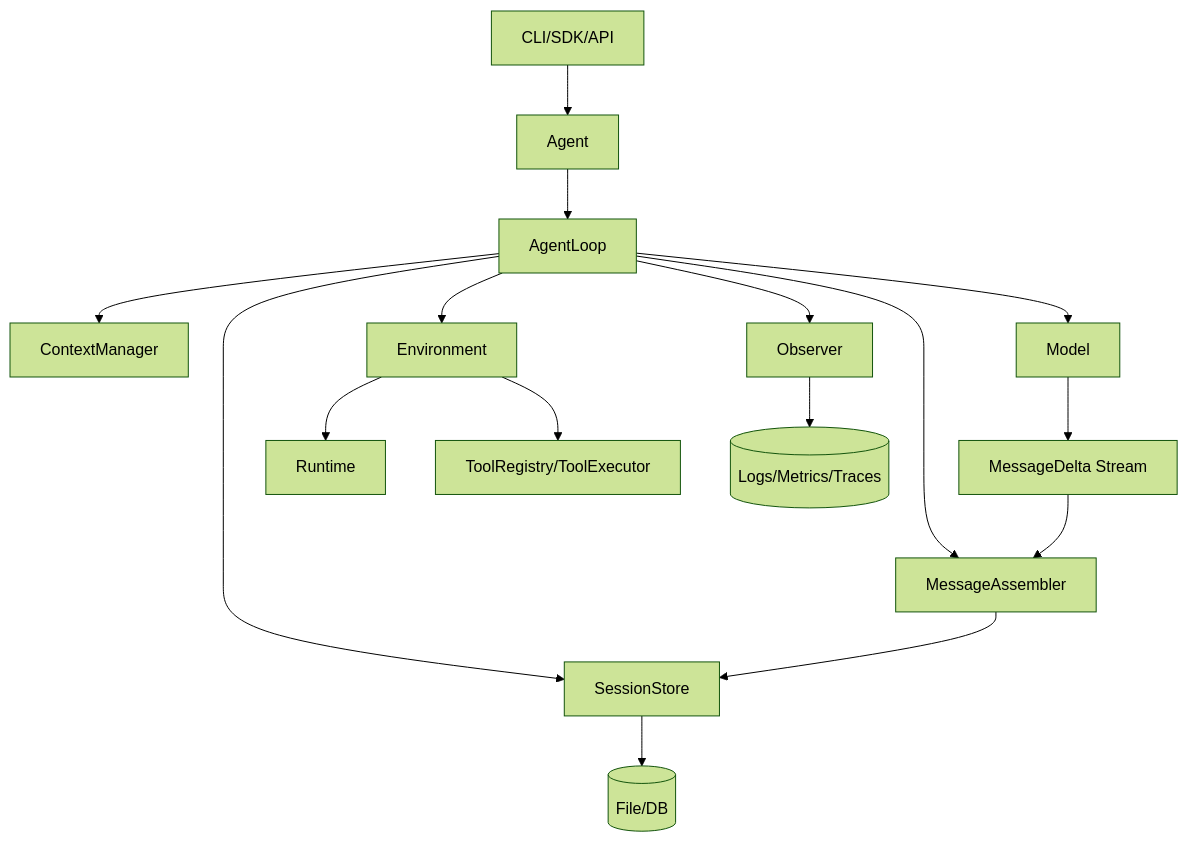
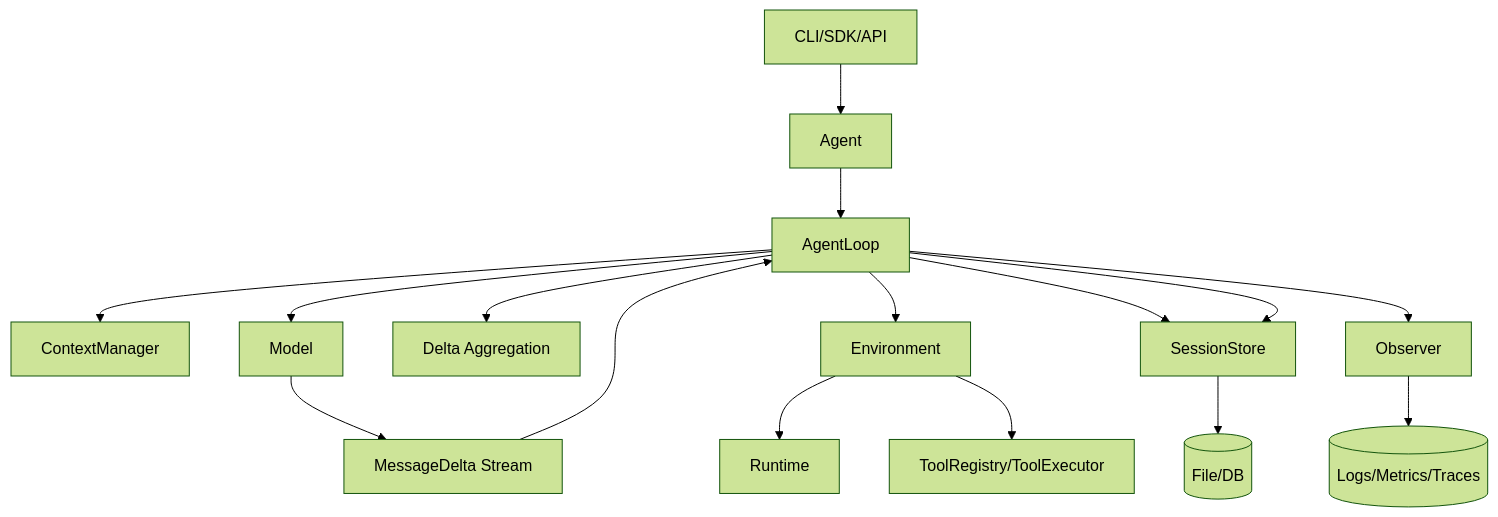
Before and after one commit to WannaTen/sibux_strands: the diagram in docs/01-architecture-overview.md, drawn with Mermaid (forest theme). The commit also changed other lines of this file and 1 other file, not shown here.

Commit message:
docs: remove MessageAssembler from architecture overview and domain model
Ultraworked with [Sisyphus](https://github.com/code-yeongyu/oh-my-opencode)

````diff
--- a/docs/01-architecture-overview.md
+++ b/docs/01-architecture-overview.md
@@ -48,22 +48,22 @@
 ```mermaid
 flowchart TB
     UI[CLI/SDK/API] --> AG[Agent]
     AG --> LOOP[AgentLoop]
 
     LOOP --> CTX[ContextManager]
     LOOP --> MODEL[Model]
-    LOOP --> ASM[MessageAssembler]
+    LOOP --> ASM[Delta Aggregation]
     LOOP --> ENV[Environment]
     LOOP --> SESS[SessionStore]
     LOOP --> OBS[Observer]
 
     MODEL --> DELTA[MessageDelta Stream]
-    DELTA --> ASM
-    ASM --> SESS
+    DELTA --> LOOP
+    LOOP --> SESS
 
     ENV --> RT[Runtime]
     ENV --> TOOLS[ToolRegistry/ToolExecutor]
 
     SESS --> FS[(File/DB)]
     OBS --> OTEL[(Logs/Metrics/Traces)]
 ```
````
